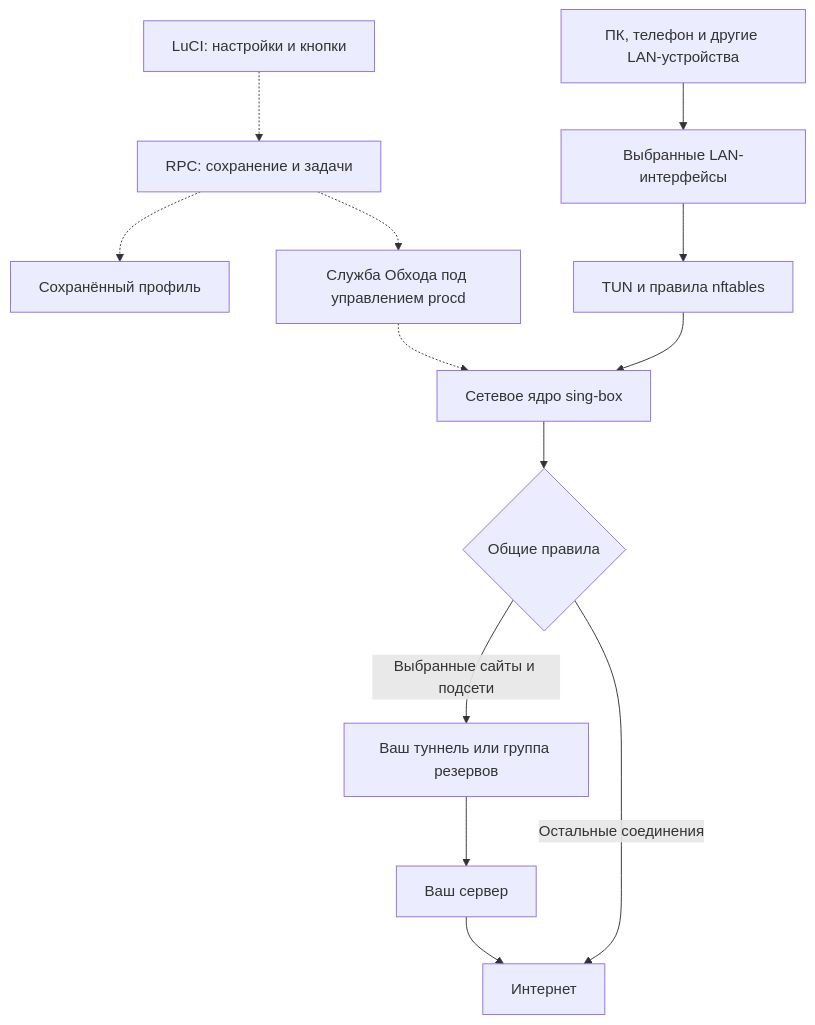
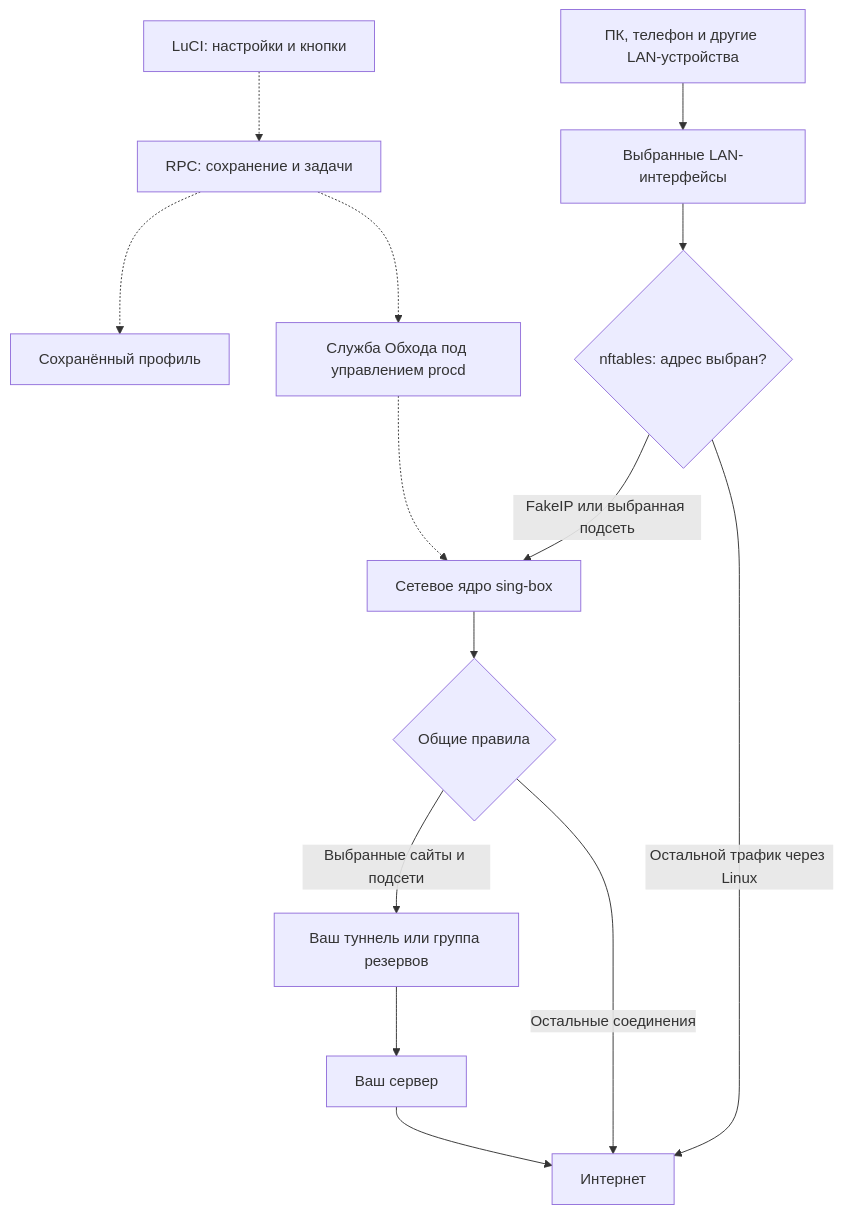
Before and after one commit to Ktoto59/obhod-source: the first of 2 diagrams in openwrt/README.md, drawn with Mermaid. The commit also changed other lines of this file and 41 other files, not shown here.

````diff
--- a/openwrt/README.md
+++ b/openwrt/README.md
@@ -503,15 +512,16 @@
 ```mermaid
 flowchart TB
     LuCI["LuCI: настройки и кнопки"] -.-> RPC["RPC: сохранение и задачи"]
     RPC -.-> Profile["Сохранённый профиль"]
     RPC -.-> Service["Служба Обхода под управлением procd"]
     Service -.-> Core["Сетевое ядро sing-box"]
     Clients["ПК, телефон и другие LAN-устройства"] --> LAN["Выбранные LAN-интерфейсы"]
-    LAN --> Intercept["TUN и правила nftables"]
-    Intercept --> Core
+    LAN --> Intercept{"nftables: адрес выбран?"}
+    Intercept -->|"FakeIP или выбранная подсеть"| Core
+    Intercept -->|"Остальной трафик через Linux"| Internet
     Core --> Match{"Общие правила"}
     Match -->|"Выбранные сайты и подсети"| Group["Ваш туннель или группа резервов"]
     Group --> Server["Ваш сервер"]
     Server --> Internet["Интернет"]
     Match -->|"Остальные соединения"| Internet
 ```
````
